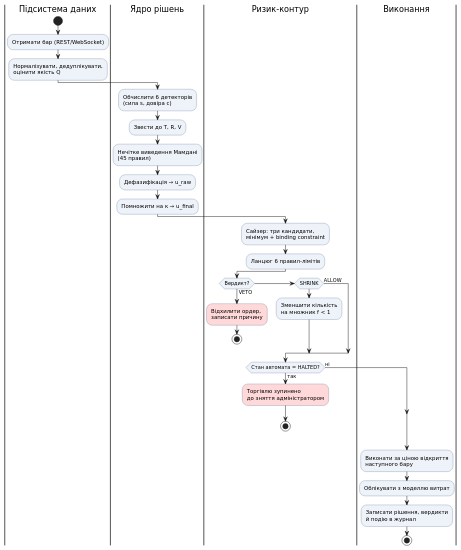
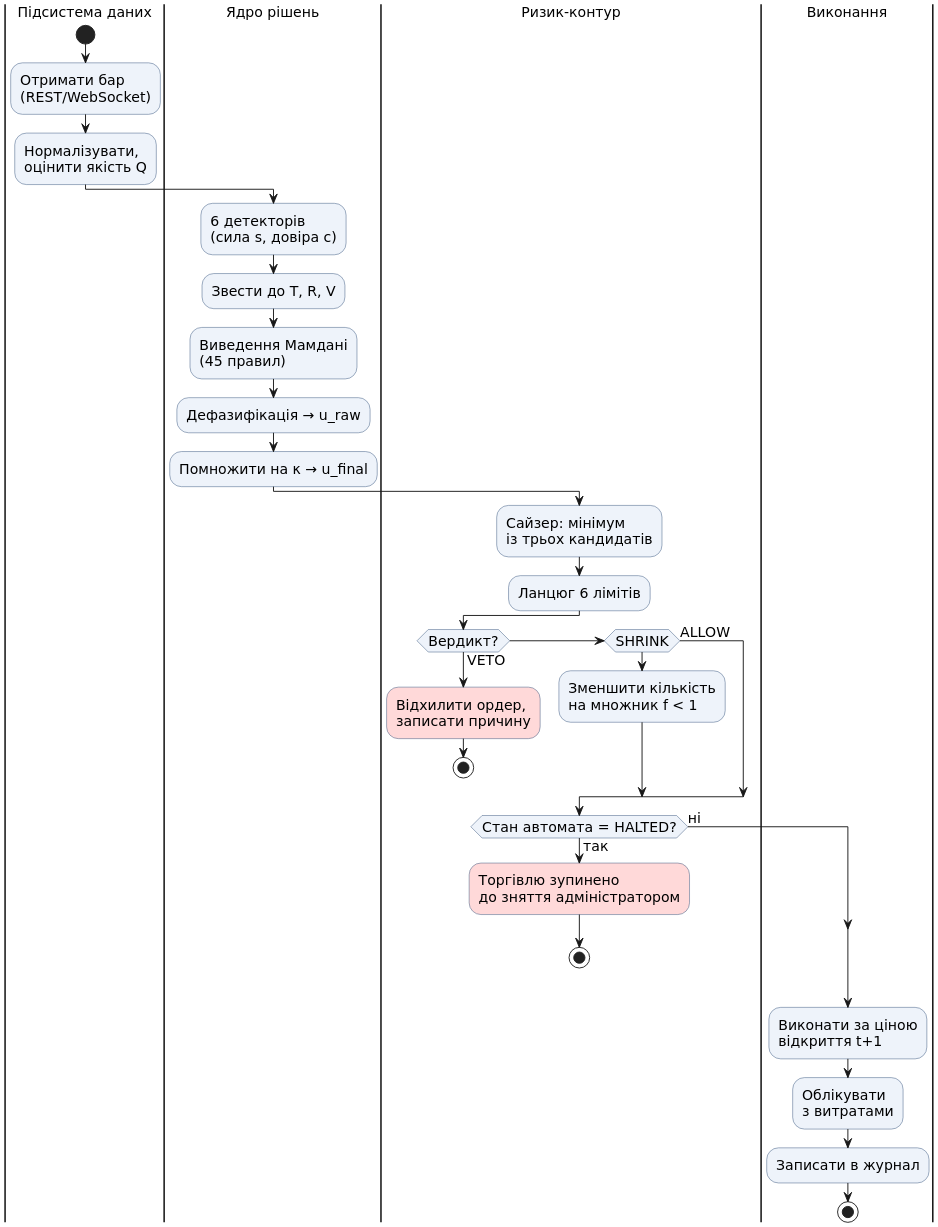
One commit to AndrZhuk/FuzzHelm changed the diagram in docs/diagrams/bpmn/to_be_automated.puml. Above: the diagram before and after it, drawn with PlantUML. The commit also changed 15 other files, not shown here.

First line of the commit message:
Diagrams: re-lay out for print (legible on a portrait A4 page)

```diff
--- a/docs/diagrams/bpmn/to_be_automated.puml
+++ b/docs/diagrams/bpmn/to_be_automated.puml
@@ -1,49 +1,52 @@
 @startuml
 ' Модель «як має бути»: автоматизований конвеєр із ризик-контуром.
 ' Найменування: docs/diagrams/bpmn/to_be_automated.puml
 ' Призначення: контроль ризику — не етап перевірки, а властивість архітектури:
 '     жодна гілка не може збільшити експозицію. Звіт §2.1.
 ' Автор: Андрій Жук, 2026.
+skinparam dpi 200
 skinparam defaultFontName "DejaVu Sans"
+skinparam defaultFontSize 15
 skinparam activityBorderColor #33507A
 skinparam activityBackgroundColor #EEF3FA
 |Підсистема даних|
 start
-:Отримати бар (REST/WebSocket);
-:Нормалізувати, дедуплікувати,
+:Отримати бар
+(REST/WebSocket);
+:Нормалізувати,
 оцінити якість Q;
 |Ядро рішень|
-:Обчислити 6 детекторів
+:6 детекторів
 (сила s, довіра c);
 :Звести до T, R, V;
-:Нечітке виведення Мамдані
+:Виведення Мамдані
 (45 правил);
 :Дефазифікація → u_raw;
 :Помножити на κ → u_final;
 |Ризик-контур|
-:Сайзер: три кандидати,
-мінімум + binding constraint;
-:Ланцюг 6 правил-лімітів;
+:Сайзер: мінімум
+із трьох кандидатів;
+:Ланцюг 6 лімітів;
 if (Вердикт?) then (VETO)
   #FFD9D9:Відхилити ордер,
   записати причину;
   stop
 elseif (SHRINK) then
   :Зменшити кількість
   на множник f < 1;
 else (ALLOW)
 endif
 if (Стан автомата = HALTED?) then (так)
   #FFD9D9:Торгівлю зупинено
   до зняття адміністратором;
   stop
 else (ні)
 endif
 |Виконання|
-:Виконати за ціною відкриття
-наступного бару;
-:Облікувати з моделлю витрат;
-:Записати рішення, вердикти
-й подію в журнал;
+:Виконати за ціною
+відкриття t+1;
+:Облікувати
+з витратами;
+:Записати в журнал;
 stop
 @enduml
```
